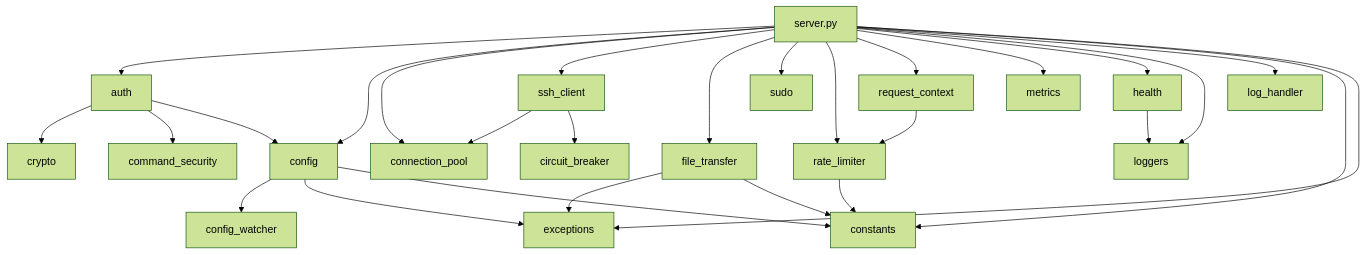
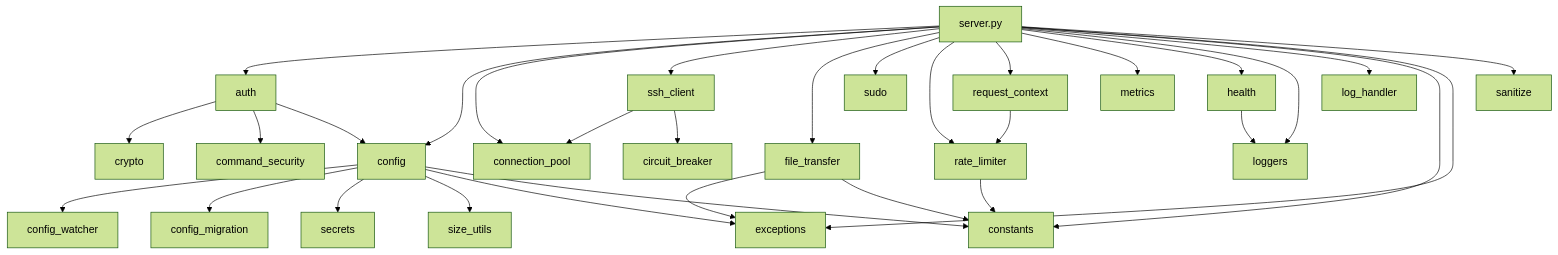
Before and after one commit to gelse/ssh-mcp: the diagram in AGENTS.md, drawn with Mermaid (forest theme). The commit also changed other lines of this file and 1 other file, not shown here.

````diff
--- a/AGENTS.md
+++ b/AGENTS.md
@@ -78,30 +82,34 @@
 ```mermaid
 graph TD
   server[server.py] --> auth
   server --> config
   server --> cpool[connection_pool]
   server --> ssh[ssh_client]
   server --> ft[file_transfer]
   server --> sudo
   server --> rl[rate_limiter]
   server --> rc[request_context]
   server --> metrics
   server --> health
   server --> loggers
   server --> logh[log_handler]
   server --> constants
   server --> exceptions
   ssh --> cpool
   ssh --> cb[circuit_breaker]
   config --> cw[config_watcher]
+  config --> cw2[config_migration]
+  config --> sec[secrets]
+  config --> su[size_utils]
   config --> exceptions
   config --> constants
+  server --> san[sanitize]
   auth --> crypto
   auth --> cs[command_security]
   auth --> config
   ft --> exceptions
   ft --> constants
   rl --> constants
   rc --> rl
   health --> loggers
 ```
````
